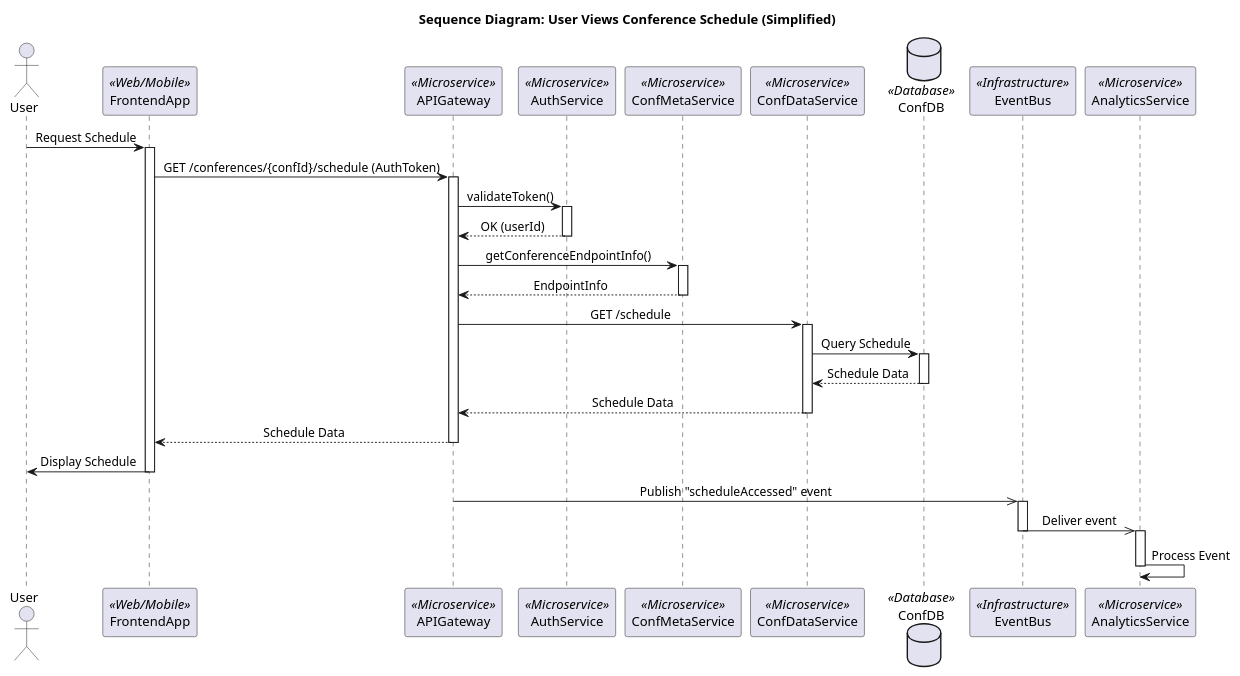
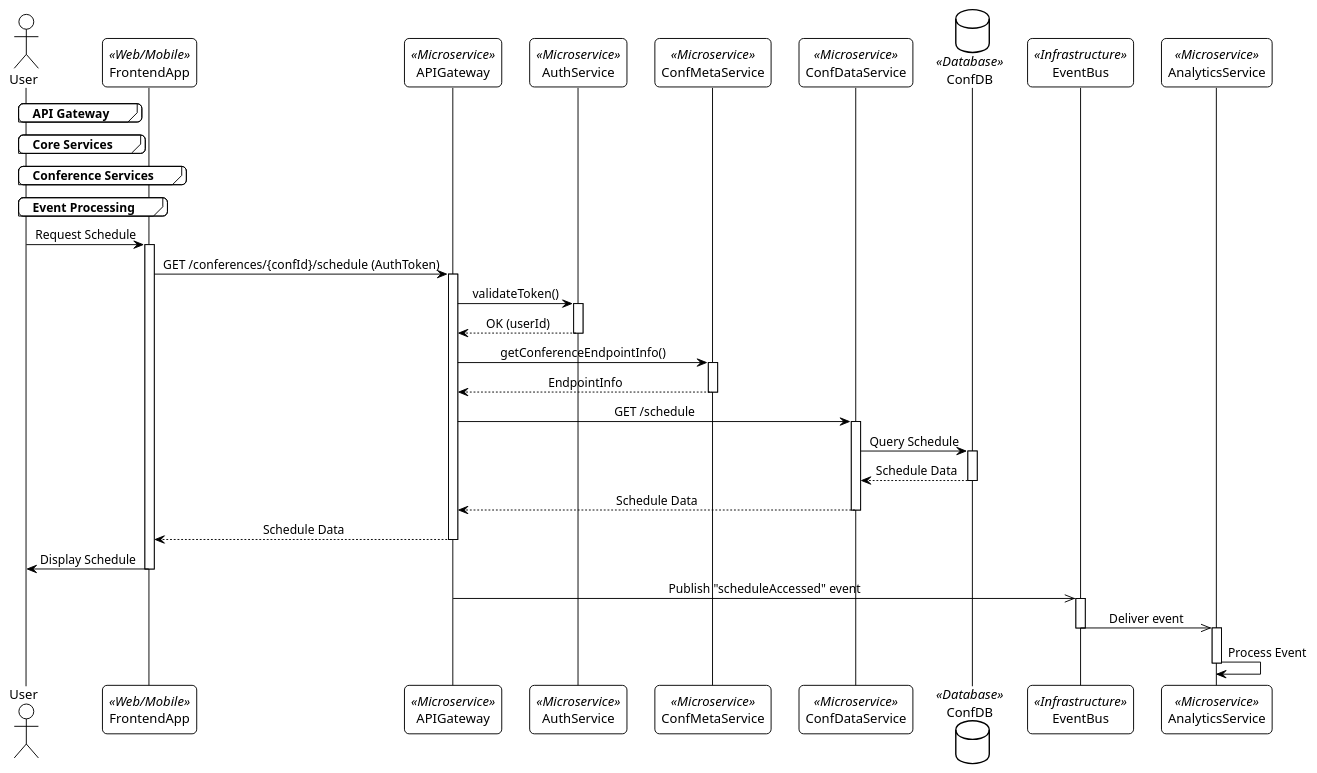
Before and after one commit to Guillermode20/softarch2-uni-work: the diagram in logical/logical_sequence_diagram.puml, drawn with PlantUML. The commit also changed 5 other files, not shown here.

Commit message:
Refactor logical diagrams to organize components into packages and improve readability. Updated sequence diagram to reflect new groupings and added skin parameters for consistency across diagrams.

```diff
--- a/logical/logical_sequence_diagram.puml
+++ b/logical/logical_sequence_diagram.puml
@@ -1,57 +1,77 @@
 @startuml
-title Sequence Diagram: User Views Conference Schedule (Simplified)
+!theme plain
+skinparam ClassAttributeIconSize 0
+skinparam roundcorner 10
+skinparam sequenceMessageAlign center
 
+' ===== Participants =====
 actor User
 participant FrontendApp <<Web/Mobile>>
-participant APIGateway <<Microservice>>
-participant AuthService <<Microservice>>
-participant ConfMetaService <<Microservice>>
-participant ConfDataService <<Microservice>>
-database ConfDB <<Database>>
-participant EventBus <<Infrastructure>>
-participant AnalyticsService <<Microservice>>
 
-skinparam sequenceMessageAlign center
-skinparam roundcorner 10
+group API Gateway
+    participant APIGateway <<Microservice>>
+end
 
+group Core Services
+    participant AuthService <<Microservice>>
+    participant ConfMetaService <<Microservice>>
+end
+
+group Conference Services
+    participant ConfDataService <<Microservice>>
+    database ConfDB <<Database>>
+end
+
+group Event Processing
+    participant EventBus <<Infrastructure>>
+    participant AnalyticsService <<Microservice>>
+end
+
+' ===== Sequence Flow =====
+' Initial Request
 User -> FrontendApp: Request Schedule
 activate FrontendApp
 
+' Authentication Flow
 FrontendApp -> APIGateway: GET /conferences/{confId}/schedule (AuthToken)
 activate APIGateway
 
 APIGateway -> AuthService: validateToken()
 activate AuthService
 AuthService --> APIGateway: OK (userId)
 deactivate AuthService
 
+' Conference Metadata Flow
 APIGateway -> ConfMetaService: getConferenceEndpointInfo()
 activate ConfMetaService
 ConfMetaService --> APIGateway: EndpointInfo
 deactivate ConfMetaService
 
+' Schedule Retrieval Flow
 APIGateway -> ConfDataService: GET /schedule
 activate ConfDataService
 
 ConfDataService -> ConfDB: Query Schedule
 activate ConfDB
 ConfDB --> ConfDataService: Schedule Data
 deactivate ConfDB
 
 ConfDataService --> APIGateway: Schedule Data
 deactivate ConfDataService
 
+' Response Flow
 APIGateway --> FrontendApp: Schedule Data
 deactivate APIGateway
 
 FrontendApp -> User: Display Schedule
 deactivate FrontendApp
 
+' Analytics Flow
 APIGateway ->> EventBus: Publish "scheduleAccessed" event
 activate EventBus
 EventBus ->> AnalyticsService: Deliver event
 deactivate EventBus
 activate AnalyticsService
 AnalyticsService -> AnalyticsService: Process Event
 deactivate AnalyticsService
 @enduml
```
